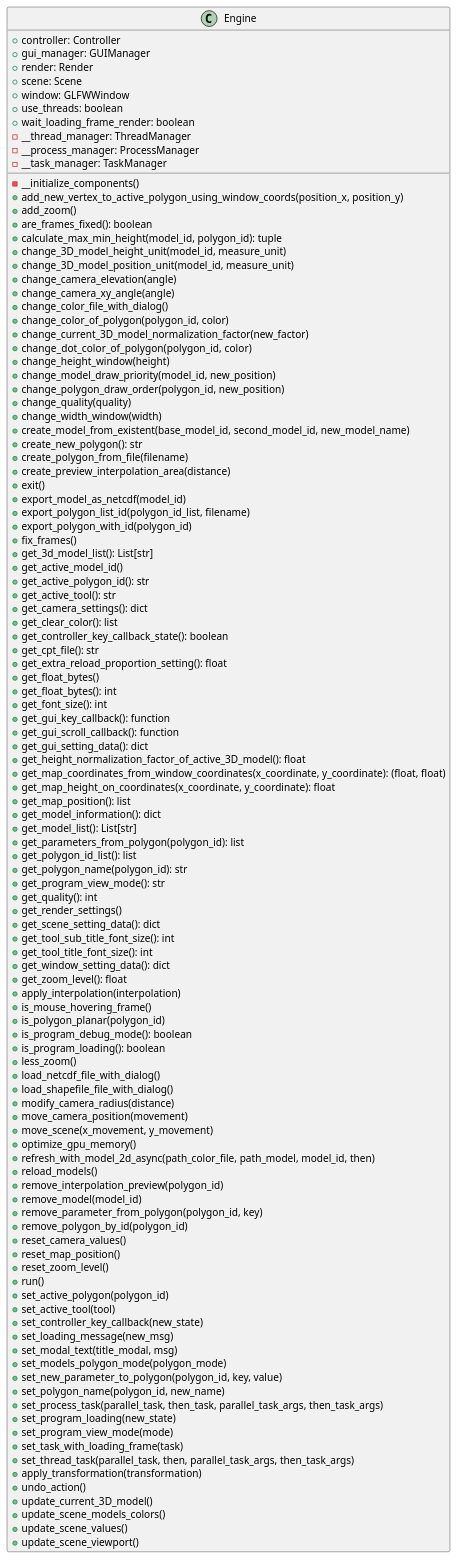
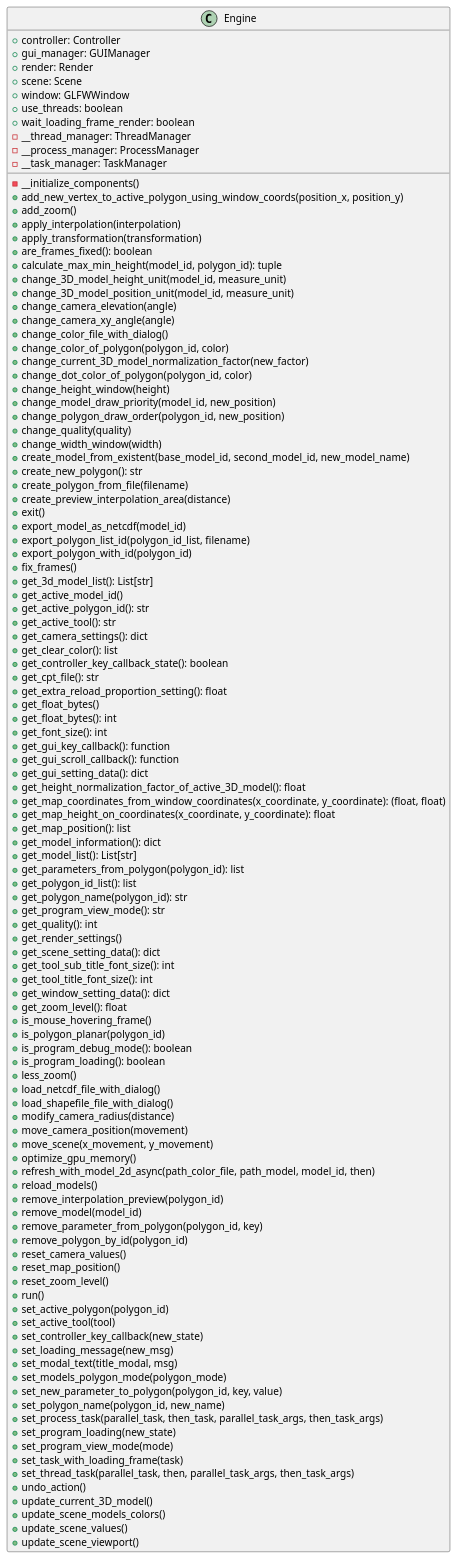
One commit to SergioAlvarezM/Proyecto_de_Memoria changed the diagram in docs/classes/Engine.puml. Above: the diagram before and after it, drawn with PlantUML. The commit also changed other lines of this file and 5 other files, not shown here.

```diff
--- a/docs/classes/Engine.puml
+++ b/docs/classes/Engine.puml
@@ -1,116 +1,116 @@
 @startuml
 class Engine {
     + controller: Controller
     + gui_manager: GUIManager
     + render: Render
     + scene: Scene
     + window: GLFWWindow
     + use_threads: boolean
     + wait_loading_frame_render: boolean
     - __thread_manager: ThreadManager
     - __process_manager: ProcessManager
     - __task_manager: TaskManager
 
     - __initialize_components()
     + add_new_vertex_to_active_polygon_using_window_coords(position_x, position_y)
     + add_zoom()
+    + apply_interpolation(interpolation)
+    + apply_transformation(transformation)
     + are_frames_fixed(): boolean
     + calculate_max_min_height(model_id, polygon_id): tuple
     + change_3D_model_height_unit(model_id, measure_unit)
     + change_3D_model_position_unit(model_id, measure_unit)
     + change_camera_elevation(angle)
     + change_camera_xy_angle(angle)
     + change_color_file_with_dialog()
     + change_color_of_polygon(polygon_id, color)
     + change_current_3D_model_normalization_factor(new_factor)
     + change_dot_color_of_polygon(polygon_id,  color)
     + change_height_window(height)
     + change_model_draw_priority(model_id, new_position)
     + change_polygon_draw_order(polygon_id, new_position)
     + change_quality(quality)
     + change_width_window(width)
     + create_model_from_existent(base_model_id, second_model_id, new_model_name)
     + create_new_polygon(): str
     + create_polygon_from_file(filename)
     + create_preview_interpolation_area(distance)
     + exit()
     + export_model_as_netcdf(model_id)
     + export_polygon_list_id(polygon_id_list, filename)
     + export_polygon_with_id(polygon_id)
     + fix_frames()
     + get_3d_model_list(): List[str]
     + get_active_model_id()
     + get_active_polygon_id(): str
     + get_active_tool(): str
     + get_camera_settings(): dict
     + get_clear_color(): list
     + get_controller_key_callback_state(): boolean
     + get_cpt_file(): str
     + get_extra_reload_proportion_setting(): float
     + get_float_bytes()
     + get_float_bytes(): int
     + get_font_size(): int
     + get_gui_key_callback(): function
     + get_gui_scroll_callback(): function
     + get_gui_setting_data(): dict
     + get_height_normalization_factor_of_active_3D_model(): float
     + get_map_coordinates_from_window_coordinates(x_coordinate, y_coordinate): (float, float)
     + get_map_height_on_coordinates(x_coordinate, y_coordinate): float
     + get_map_position(): list
     + get_model_information(): dict
     + get_model_list(): List[str]
     + get_parameters_from_polygon(polygon_id): list
     + get_polygon_id_list(): list
     + get_polygon_name(polygon_id): str
     + get_program_view_mode(): str
     + get_quality(): int
     + get_render_settings()
     + get_scene_setting_data(): dict
     + get_tool_sub_title_font_size(): int
     + get_tool_title_font_size(): int
     + get_window_setting_data(): dict
     + get_zoom_level(): float
-    + apply_interpolation(interpolation)
     + is_mouse_hovering_frame()
     + is_polygon_planar(polygon_id)
     + is_program_debug_mode(): boolean
     + is_program_loading(): boolean
     + less_zoom()
     + load_netcdf_file_with_dialog()
     + load_shapefile_file_with_dialog()
     + modify_camera_radius(distance)
     + move_camera_position(movement)
     + move_scene(x_movement, y_movement)
     + optimize_gpu_memory()
     + refresh_with_model_2d_async(path_color_file, path_model, model_id, then)
     + reload_models()
     + remove_interpolation_preview(polygon_id)
     + remove_model(model_id)
     + remove_parameter_from_polygon(polygon_id, key)
     + remove_polygon_by_id(polygon_id)
     + reset_camera_values()
     + reset_map_position()
     + reset_zoom_level()
     + run()
     + set_active_polygon(polygon_id)
     + set_active_tool(tool)
     + set_controller_key_callback(new_state)
     + set_loading_message(new_msg)
     + set_modal_text(title_modal, msg)
     + set_models_polygon_mode(polygon_mode)
     + set_new_parameter_to_polygon(polygon_id, key, value)
     + set_polygon_name(polygon_id, new_name)
     + set_process_task(parallel_task, then_task, parallel_task_args, then_task_args)
     + set_program_loading(new_state)
     + set_program_view_mode(mode)
     + set_task_with_loading_frame(task)
     + set_thread_task(parallel_task, then, parallel_task_args, then_task_args)
-    + apply_transformation(transformation)
     + undo_action()
     + update_current_3D_model()
     + update_scene_models_colors()
     + update_scene_values()
     + update_scene_viewport()
 }
 
 @enduml
```
